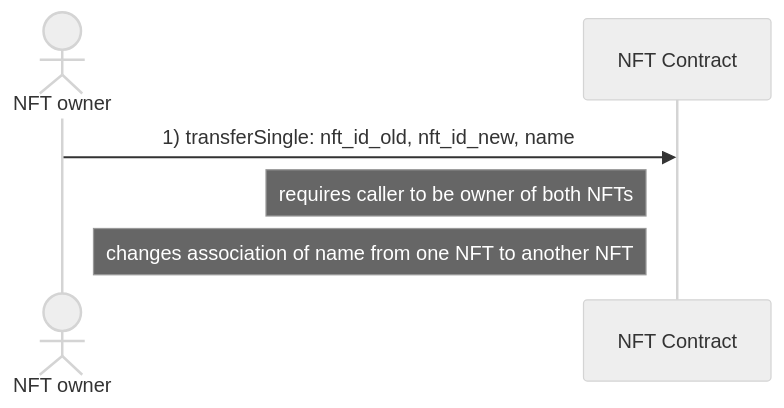
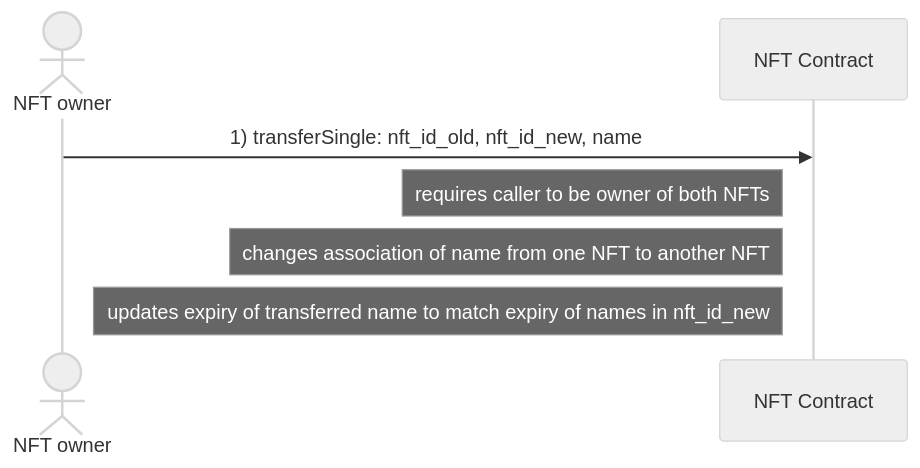
One commit to marc0olo/aens-nfts changed the first of 3 diagrams in docs/diagrams/transfer_aens_names.md. Above: the diagram before and after it, drawn with Mermaid (neutral theme). The commit also changed other lines of this file and 5 other files, not shown here.

````diff
--- a/docs/diagrams/transfer_aens_names.md
+++ b/docs/diagrams/transfer_aens_names.md
@@ -5,7 +5,8 @@
 ```mermaid
 sequenceDiagram
     actor NFT owner
     NFT owner ->> NFT Contract: 1) transferSingle: nft_id_old, nft_id_new, name
     Note left of NFT Contract: requires caller to be owner of both NFTs
     Note left of NFT Contract: changes association of name from one NFT to another NFT
+    Note left of NFT Contract: updates expiry of transferred name to match expiry of names in nft_id_new
 ```
````
